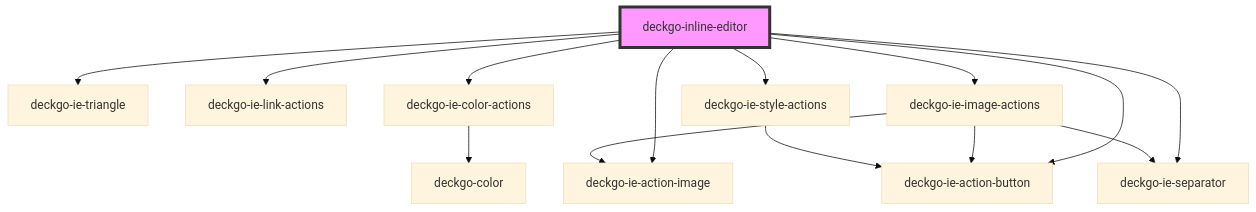
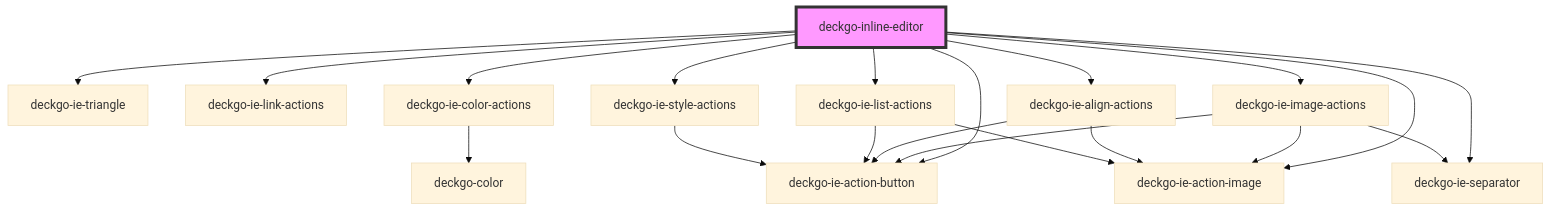
Before and after one commit to deckgo/deckdeckgo: the diagram in webcomponents/inline-editor/src/components/inline-editor/readme.md, drawn with Mermaid (base theme). The commit also changed other lines of this file and 3 other files, not shown here.

````diff
--- a/webcomponents/inline-editor/src/components/inline-editor/readme.md
+++ b/webcomponents/inline-editor/src/components/inline-editor/readme.md
@@ -54,17 +56,23 @@
 ```mermaid
 graph TD;
-  deckgo-inline-editor --> deckgo-ie-action-button
-  deckgo-inline-editor --> deckgo-ie-action-image
   deckgo-inline-editor --> deckgo-ie-triangle
   deckgo-inline-editor --> deckgo-ie-link-actions
   deckgo-inline-editor --> deckgo-ie-color-actions
   deckgo-inline-editor --> deckgo-ie-image-actions
+  deckgo-inline-editor --> deckgo-ie-align-actions
+  deckgo-inline-editor --> deckgo-ie-list-actions
   deckgo-inline-editor --> deckgo-ie-style-actions
+  deckgo-inline-editor --> deckgo-ie-action-button
+  deckgo-inline-editor --> deckgo-ie-action-image
   deckgo-inline-editor --> deckgo-ie-separator
   deckgo-ie-color-actions --> deckgo-color
   deckgo-ie-image-actions --> deckgo-ie-action-button
   deckgo-ie-image-actions --> deckgo-ie-action-image
   deckgo-ie-image-actions --> deckgo-ie-separator
+  deckgo-ie-align-actions --> deckgo-ie-action-button
+  deckgo-ie-align-actions --> deckgo-ie-action-image
+  deckgo-ie-list-actions --> deckgo-ie-action-button
+  deckgo-ie-list-actions --> deckgo-ie-action-image
   deckgo-ie-style-actions --> deckgo-ie-action-button
   style deckgo-inline-editor fill:#f9f,stroke:#333,stroke-width:4px
 ```
````
